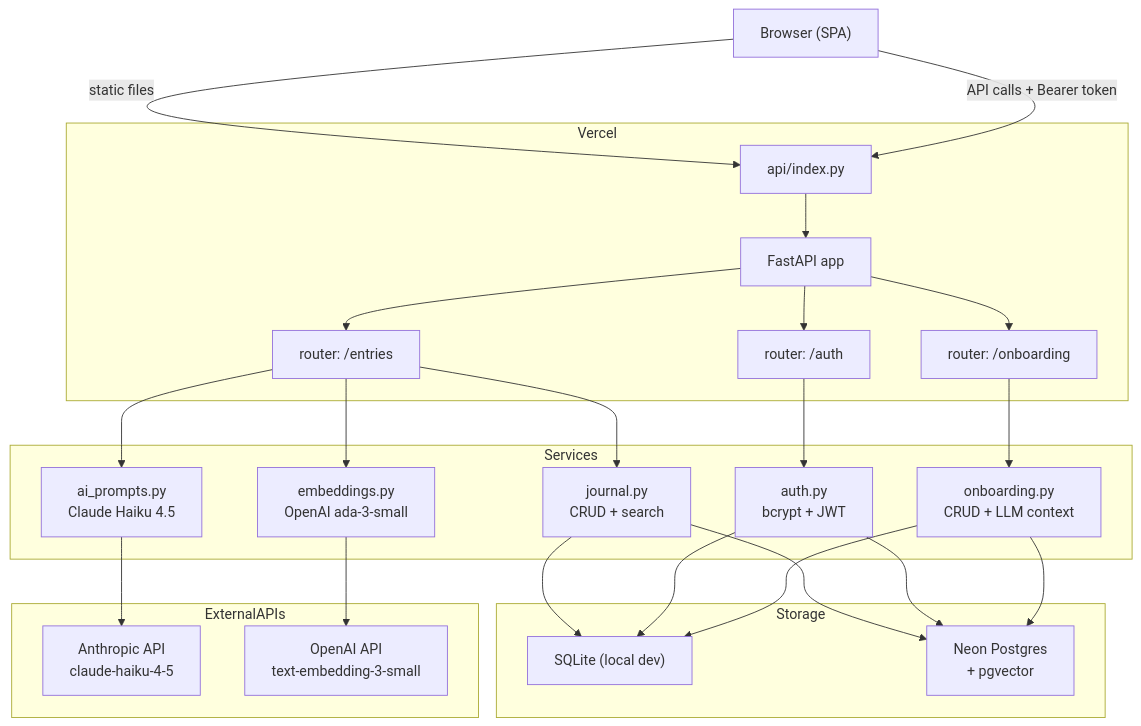
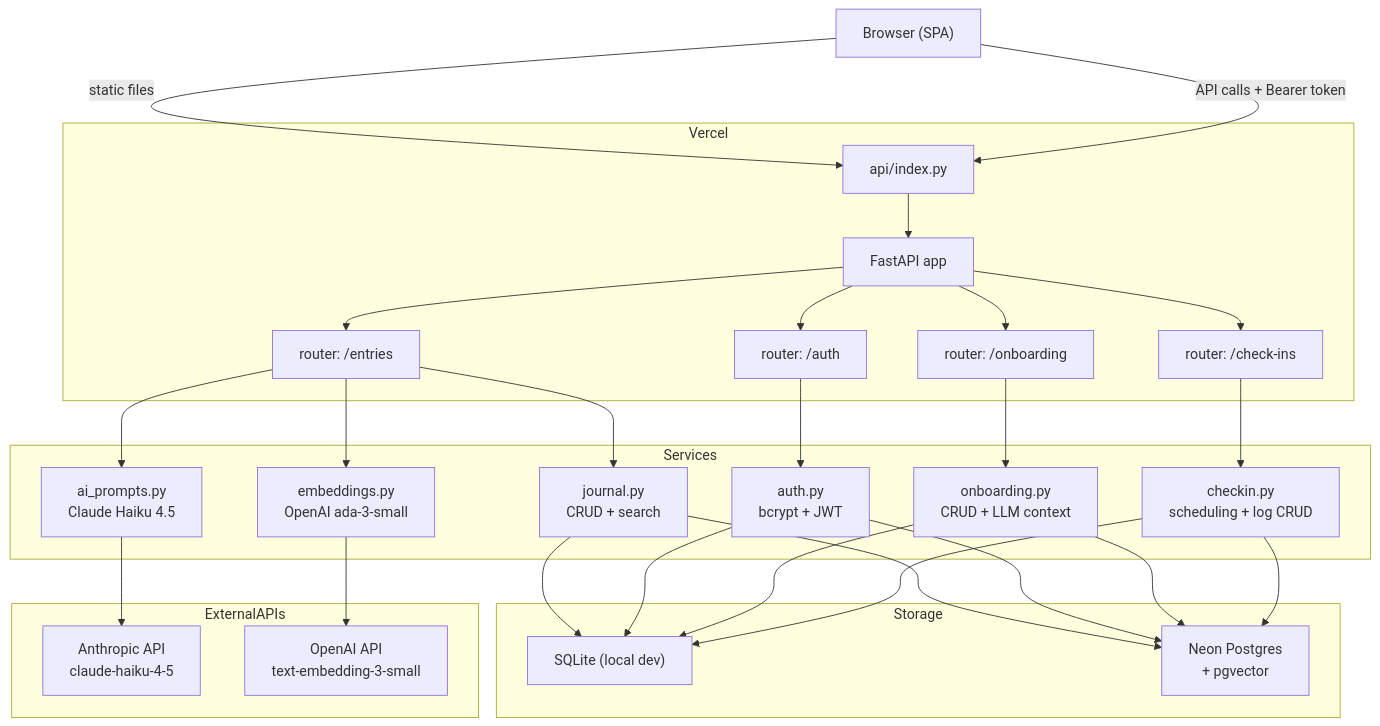
Before and after one commit to michaelebelle/reflection-buddy: the diagram in docs/ARCHITECTURE.md, drawn with Mermaid. The commit also changed other lines of this file and 13 other files, not shown here.

````diff
--- a/docs/ARCHITECTURE.md
+++ b/docs/ARCHITECTURE.md
@@ -224,45 +233,49 @@
 ```mermaid
 graph TD
     Browser["Browser (SPA)"]
 
     subgraph Vercel
         Entry["api/index.py"]
         FastAPI["FastAPI app"]
         Auth["router: /auth"]
         Journal["router: /entries"]
         Onboard["router: /onboarding"]
+        CheckIn["router: /check-ins"]
     end
 
     subgraph Services
         AuthSvc["auth.py\nbcrypt + JWT"]
         JournalSvc["journal.py\nCRUD + search"]
         AISvc["ai_prompts.py\nClaude Haiku 4.5"]
         EmbedSvc["embeddings.py\nOpenAI ada-3-small"]
         OBSvc["onboarding.py\nCRUD + LLM context"]
+        CheckInSvc["checkin.py\nscheduling + log CRUD"]
     end
 
     subgraph Storage
         SQLite["SQLite (local dev)"]
         Neon["Neon Postgres\n+ pgvector"]
     end
 
     subgraph ExternalAPIs
         Anthropic["Anthropic API\nclaude-haiku-4-5"]
         OpenAI["OpenAI API\ntext-embedding-3-small"]
     end
 
     Browser -->|"static files"| Entry
     Browser -->|"API calls + Bearer token"| Entry
     Entry --> FastAPI
-    FastAPI --> Auth & Journal & Onboard
+    FastAPI --> Auth & Journal & Onboard & CheckIn
     Auth --> AuthSvc
     Journal --> JournalSvc
     Journal --> AISvc
     Journal --> EmbedSvc
     Onboard --> OBSvc
+    CheckIn --> CheckInSvc
     JournalSvc --> SQLite & Neon
     AuthSvc --> SQLite & Neon
     OBSvc --> SQLite & Neon
+    CheckInSvc --> SQLite & Neon
     AISvc --> Anthropic
     EmbedSvc --> OpenAI
 ```
````
